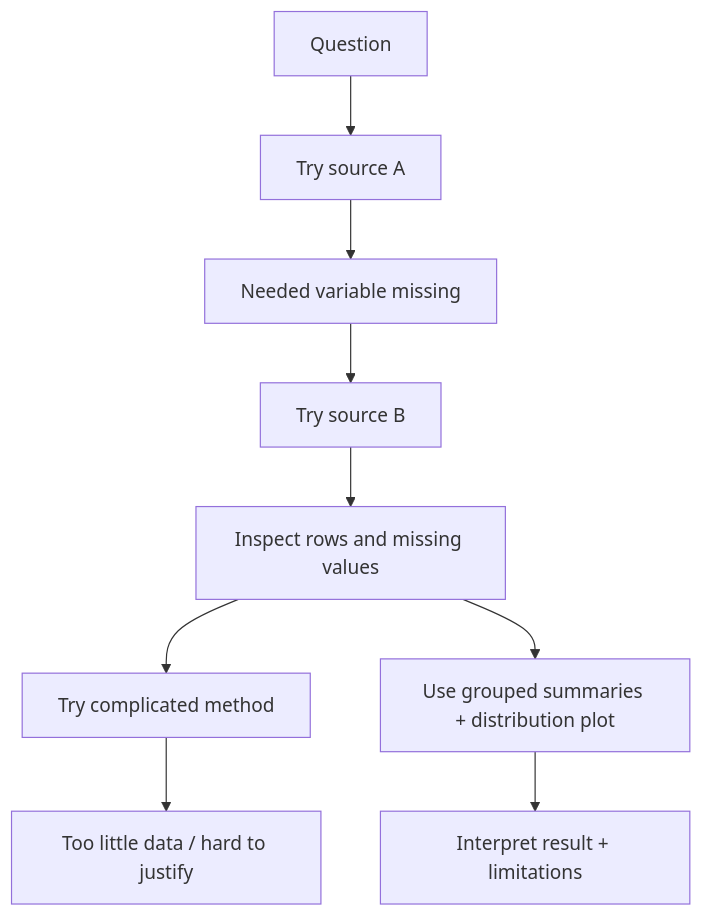
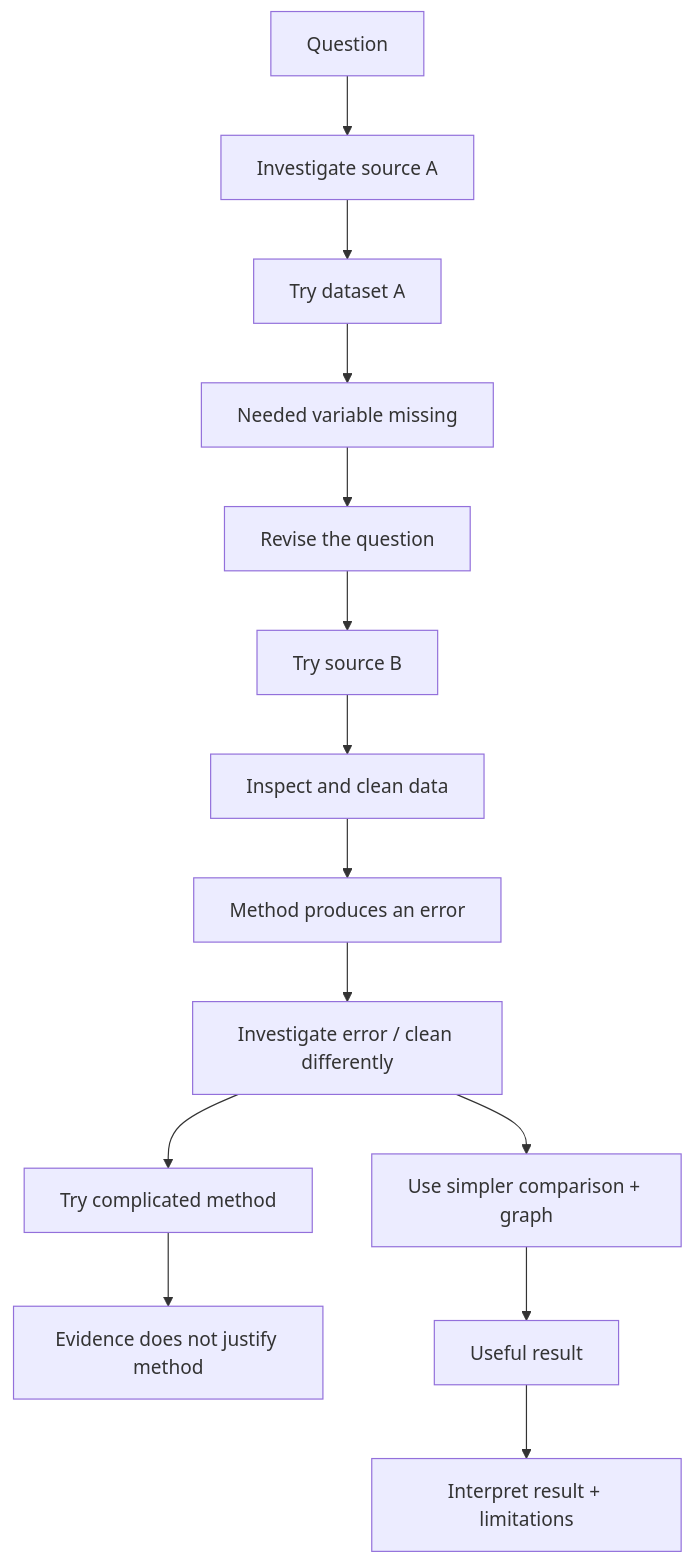
One commit to mathguy-uf/MAD2502 changed the diagram in capstone/06_research_tree.md. Above: the diagram before and after it, drawn with Mermaid. The commit also changed other lines of this file and 4 other files, not shown here.

````diff
--- a/capstone/06_research_tree.md
+++ b/capstone/06_research_tree.md
@@ -23,11 +23,16 @@
 ```mermaid
 flowchart TD
-    Q["Question"] --> A["Try source A"]
-    A --> M["Needed variable missing"]
-    M --> B["Try source B"]
-    B --> C["Inspect rows and missing values"]
-    C --> X["Try complicated method"]
-    X --> F["Too little data / hard to justify"]
-    C --> S["Use grouped summaries + distribution plot"]
-    S --> R["Interpret result + limitations"]
+    Q["Question"] --> A["Investigate source A"]
+    A --> D["Try dataset A"]
+    D --> M["Needed variable missing"]
+    M --> Q2["Revise the question"]
+    Q2 --> B["Try source B"]
+    B --> C["Inspect and clean data"]
+    C --> E["Method produces an error"]
+    E --> C2["Investigate error / clean differently"]
+    C2 --> X["Try complicated method"]
+    X --> F["Evidence does not justify method"]
+    C2 --> S["Use simpler comparison + graph"]
+    S --> R["Useful result"]
+    R --> I["Interpret result + limitations"]
 ```
````
